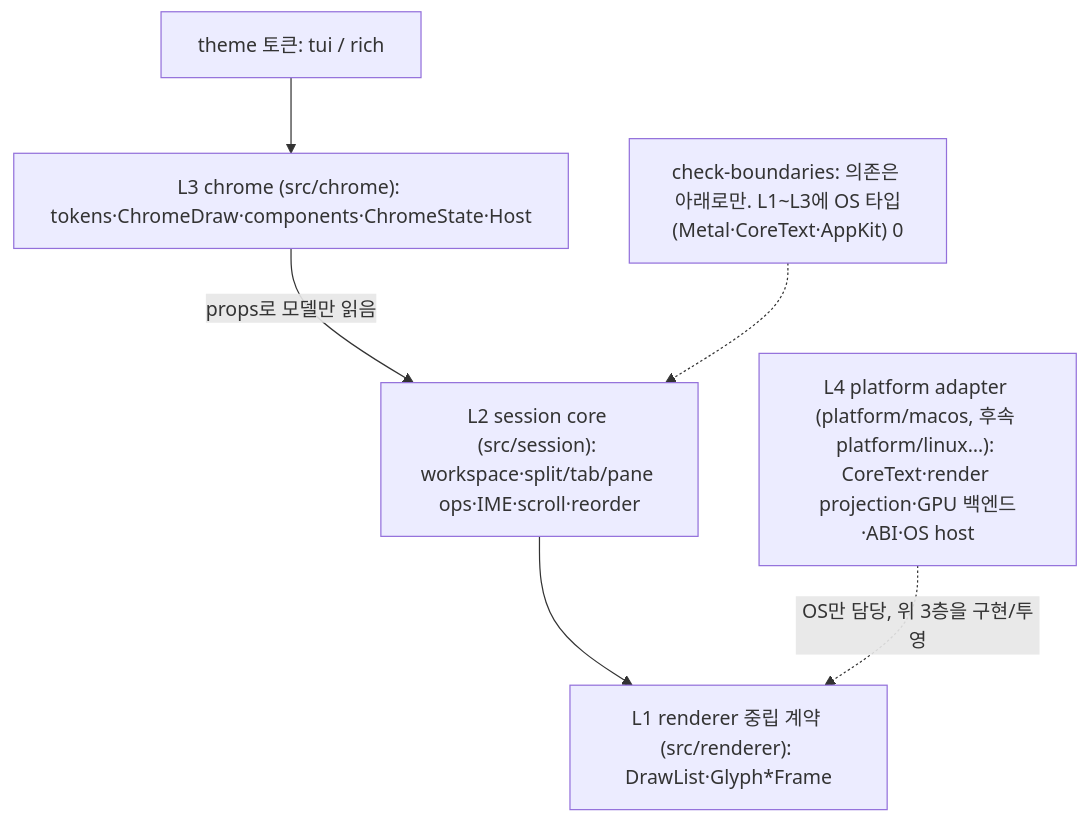
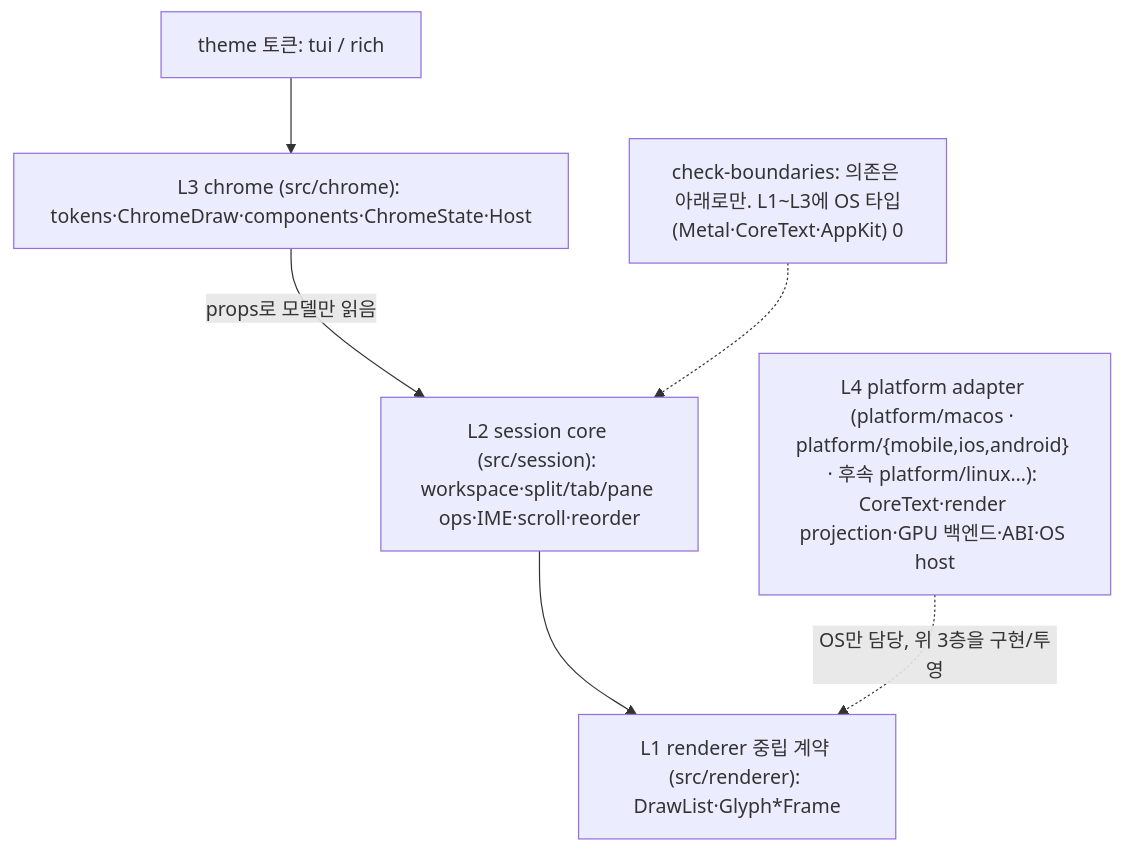
Before and after one commit to ohah/maru: the diagram in docs/layering-and-portability.md, drawn with Mermaid. The commit also changed other lines of this file and 1 other file, not shown here.

````diff
--- a/docs/layering-and-portability.md
+++ b/docs/layering-and-portability.md
@@ -13,10 +13,10 @@
 ```mermaid
 flowchart TD
     theme["theme 토큰: tui / rich"] --> chrome
     chrome["L3 chrome (src/chrome): tokens·ChromeDraw·components·ChromeState·Host"] -->|"props로 모델만 읽음"| session
     session["L2 session core (src/session): workspace·split/tab/pane ops·IME·scroll·reorder"] --> contract
     contract["L1 renderer 중립 계약 (src/renderer): DrawList·Glyph*Frame"]
-    adapter["L4 platform adapter (platform/macos, 후속 platform/linux…): CoreText·render projection·GPU 백엔드·ABI·OS host"]
+    adapter["L4 platform adapter (platform/macos · platform/{mobile,ios,android} · 후속 platform/linux…): CoreText·render projection·GPU 백엔드·ABI·OS host"]
     adapter -.->|"OS만 담당, 위 3층을 구현/투영"| contract
     boundary["check-boundaries: 의존은 아래로만. L1~L3에 OS 타입(Metal·CoreText·AppKit) 0"] -.-> session
 ```
````
